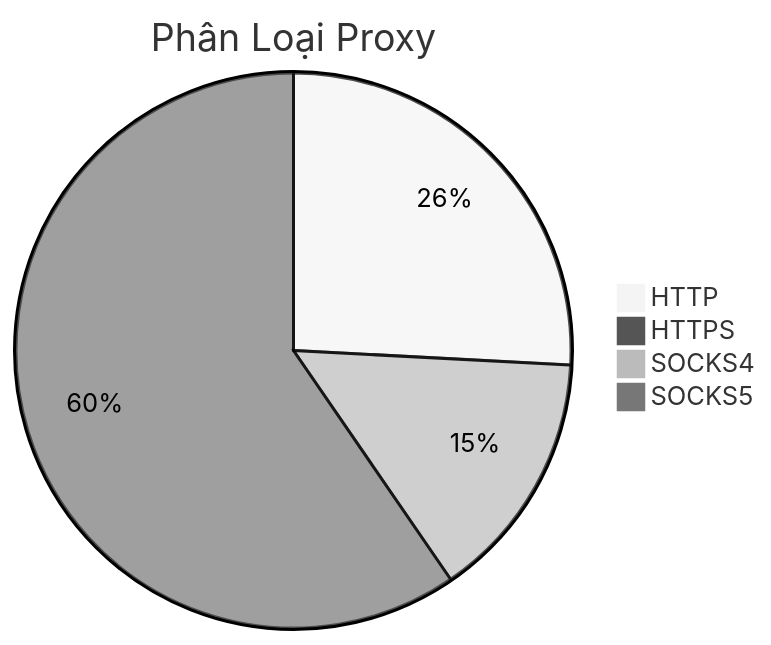
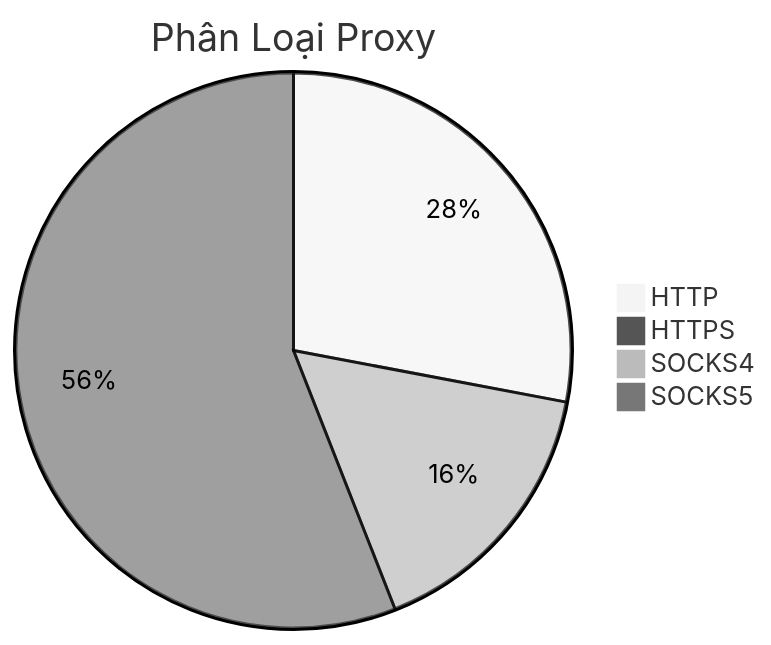
Before and after one commit to Ciara-12/PROXY-free: the diagram in README.md, drawn with Mermaid (neutral theme). The commit also changed other lines of this file and 3 other files, not shown here.

````diff
--- a/README.md
+++ b/README.md
@@ -26,7 +26,7 @@
 ```mermaid
 pie title Phân Loại Proxy
-    "HTTP" : 634
+    "HTTP" : 646
     "HTTPS" : 0
-    "SOCKS4" : 358
-    "SOCKS5" : 1462
+    "SOCKS4" : 371
+    "SOCKS5" : 1292
 ```
````
